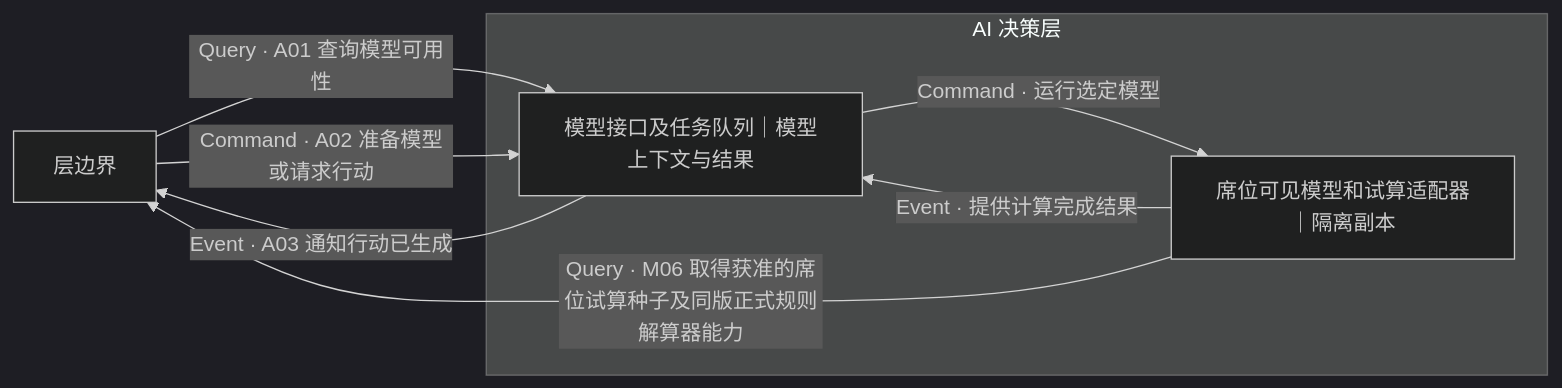
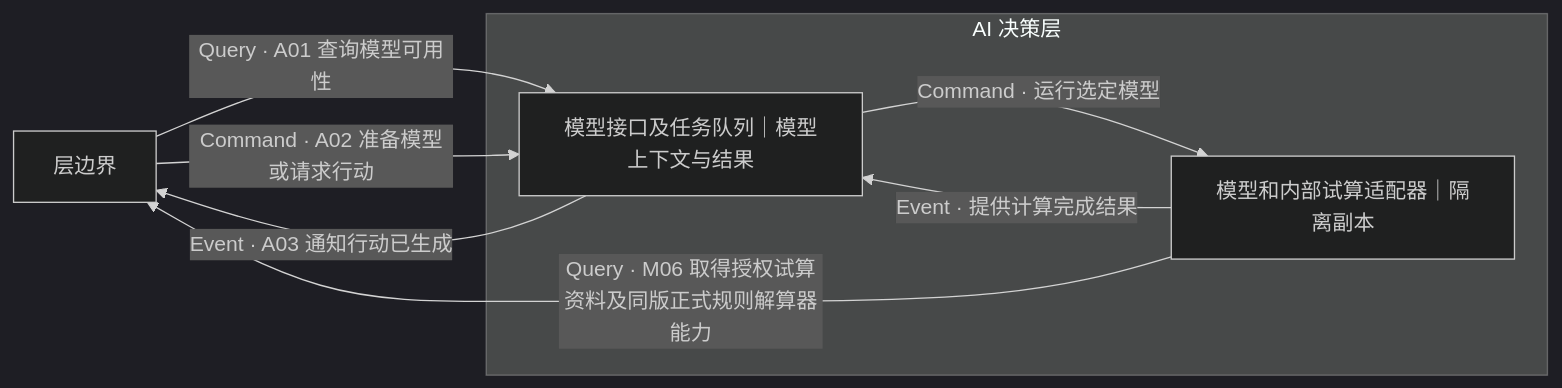
Before and after one commit to jigejiqiangshou/Critical-Provisional: the fourth of 5 diagrams in specs/001-offline-game-refactor/contracts/layer-boundaries.md, drawn with Mermaid (dark theme). The commit also changed other lines of this file and 10 other files, not shown here.

````diff
--- a/specs/001-offline-game-refactor/contracts/layer-boundaries.md
+++ b/specs/001-offline-game-refactor/contracts/layer-boundaries.md
@@ -88,14 +101,14 @@
 ```mermaid
 flowchart LR
   B["层边界"]
   subgraph A["AI 决策层"]
     M["模型接口及任务队列｜模型上下文与结果"]
-    V["席位可见模型和试算适配器｜隔离副本"]
+    V["模型和内部试算适配器｜隔离副本"]
     M -->|"Command · 运行选定模型"| V
     V -->|"Event · 提供计算完成结果"| M
   end
   B -->|"Query · A01 查询模型可用性"| M
   B -->|"Command · A02 准备模型或请求行动"| M
   M -->|"Event · A03 通知行动已生成"| B
-  V -->|"Query · M06 取得获准的席位试算种子及同版正式规则解算器能力"| B
+  V -->|"Query · M06 取得授权试算资料及同版正式规则解算器能力"| B
 ```
````
